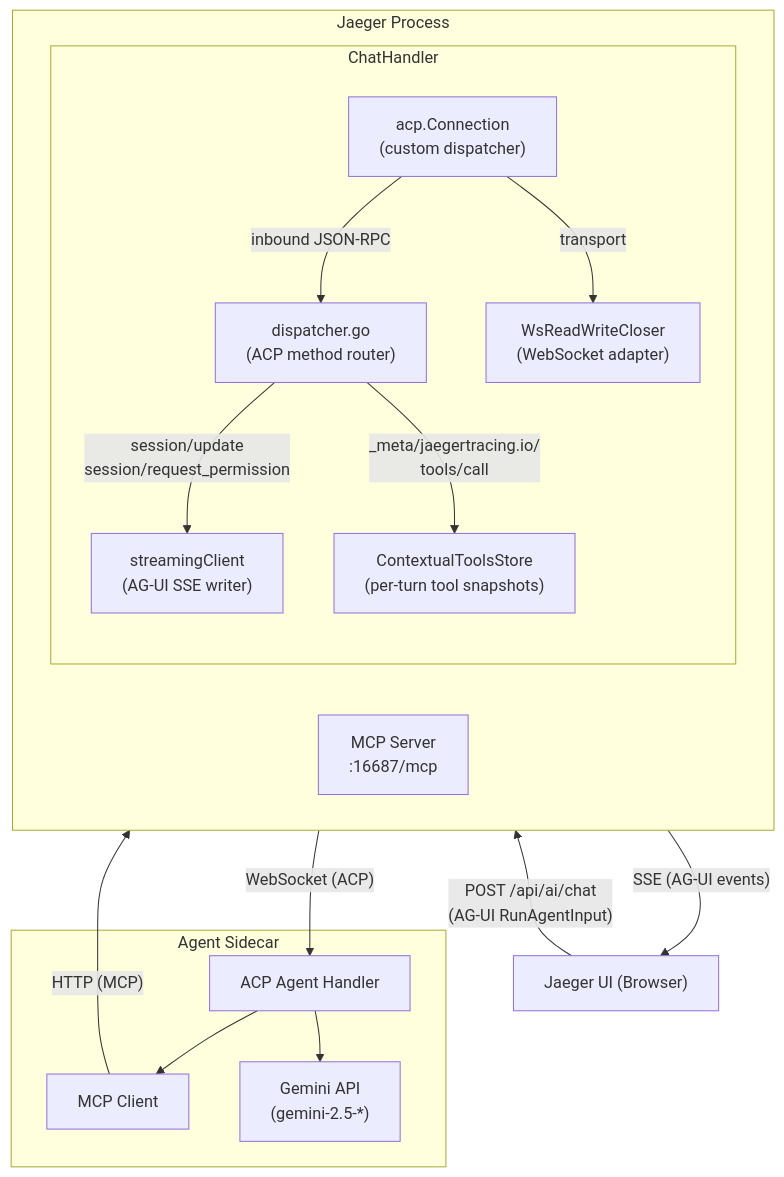
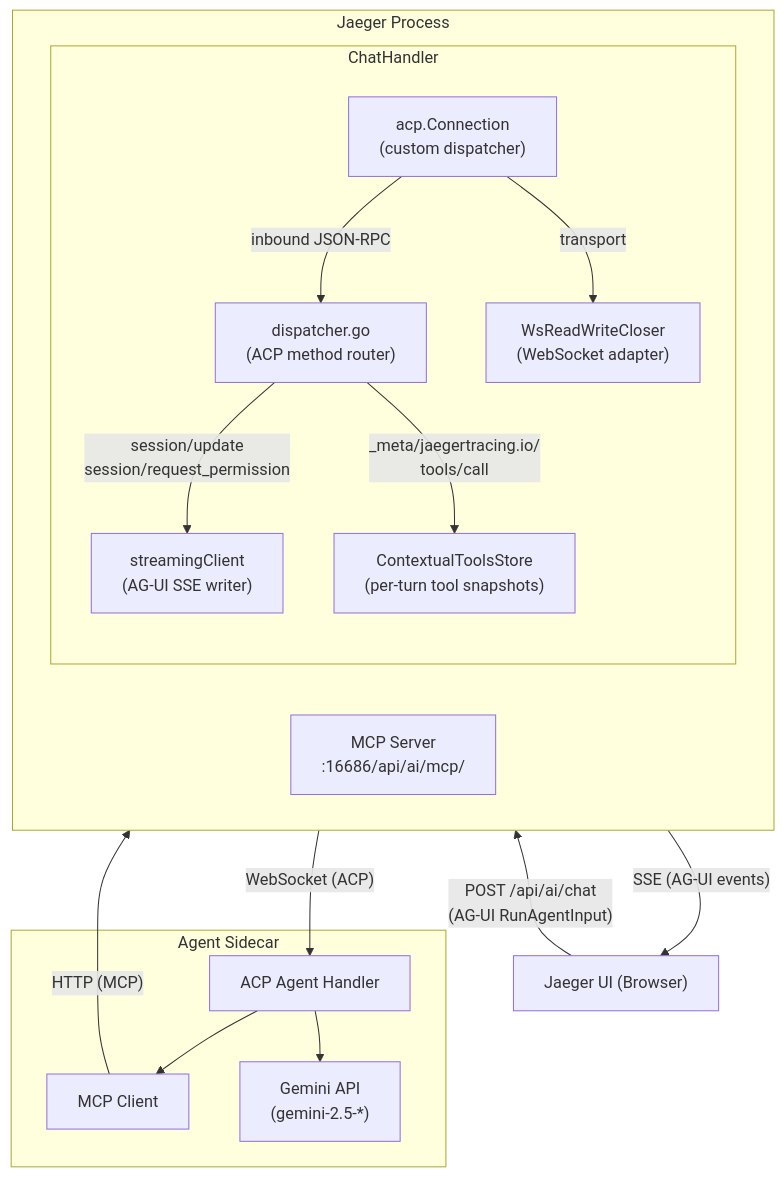
The first of 2 diagrams in cmd/jaeger/internal/extension/jaegerquery/internal/jaegerai/README.md (jaegertracing/jaeger), drawn with Mermaid before and after one commit. The commit also changed 4 other files, not shown here.

````diff
--- a/cmd/jaeger/internal/extension/jaegerquery/internal/jaegerai/README.md
+++ b/cmd/jaeger/internal/extension/jaegerquery/internal/jaegerai/README.md
@@ -17,34 +17,34 @@
 ```mermaid
 flowchart TB
     UI["Jaeger UI (Browser)"]
 
     subgraph jaeger["Jaeger Process"]
         direction LR
-        MCP["MCP Server<br>:16687/mcp"]
+        MCP["MCP Server<br>:16686/api/ai/mcp/"]
         subgraph handler["ChatHandler"]
             direction TB
             ACPCONN["acp.Connection<br>(custom dispatcher)"]
             DISPATCH["dispatcher.go<br>(ACP method router)"]
             SC["streamingClient<br>(AG-UI SSE writer)"]
             WS["WsReadWriteCloser<br>(WebSocket adapter)"]
             STORE["ContextualToolsStore<br>(per-turn tool snapshots)"]
             ACPCONN -- "inbound JSON-RPC" --> DISPATCH
             DISPATCH -- "session/update<br>session/request_permission" --> SC
             DISPATCH -- "_meta/jaegertracing.io/<br>tools/call" --> STORE
             ACPCONN -- "transport" --> WS
         end
     end
 
     subgraph sidecar["Agent Sidecar"]
         AGENT["ACP Agent Handler"]
         MCPCLIENT["MCP Client"]
         GEMINI["Gemini API<br>(gemini-2.5-*)"]
         AGENT --> MCPCLIENT
         AGENT --> GEMINI
     end
 
     UI -- "POST /api/ai/chat<br>(AG-UI RunAgentInput)" --> handler
     SC -- "SSE (AG-UI events)" --> UI
     WS -- "WebSocket (ACP)" --> AGENT
     MCPCLIENT -- "HTTP (MCP)" --> MCP
 ```
````
